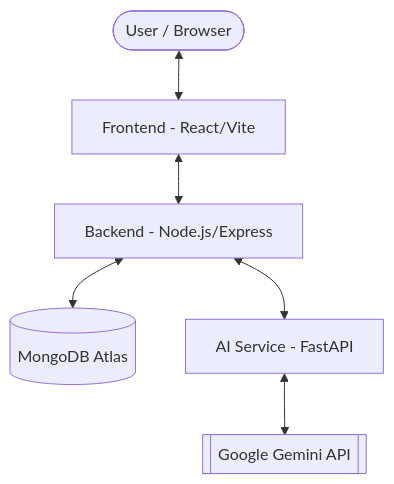
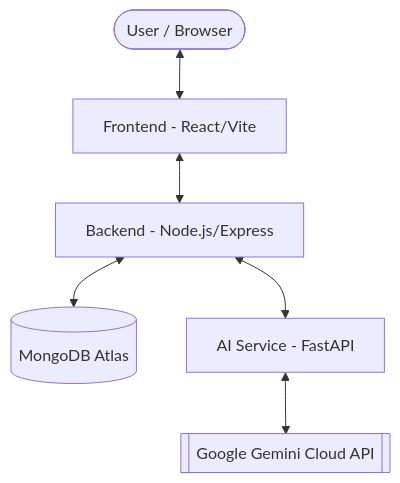
The diagram in README.md (Arnab27622/AI-Interviewer), drawn with Mermaid before and after one commit. The commit also changed other lines of this file and 12 other files, not shown here.

````diff
--- a/README.md
+++ b/README.md
@@ -11,8 +11,8 @@
 ```mermaid
 graph TD
     User([User / Browser]) <--> Frontend[Frontend - React/Vite]
     Frontend <--> Backend[Backend - Node.js/Express]
     Backend <--> MongoDB[(MongoDB Atlas)]
     Backend <--> AIService[AI Service - FastAPI]
-    AIService <--> Gemini[[Google Gemini API]]
+    AIService <--> Gemini[[Google Gemini Cloud API]]
 ```
````
